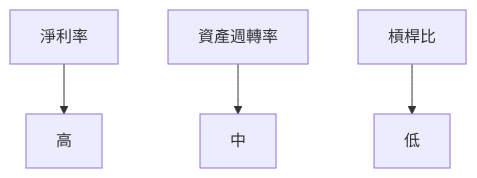
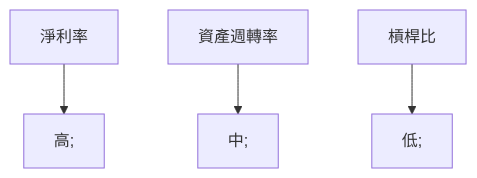
The eighth of 11 diagrams in ai_gen_report/stock/goog/fundamental_analysis_2026-03-23_openai.md (yennanliu/finance_data), drawn with Mermaid before and after one commit. The commit also changed other lines of this file and 2258 other files, not shown here.

First line of the commit message:
chore: backfill Mermaid syntax repair across existing reports

````diff
--- a/ai_gen_report/stock/goog/fundamental_analysis_2026-03-23_openai.md
+++ b/ai_gen_report/stock/goog/fundamental_analysis_2026-03-23_openai.md
@@ -228,6 +228,6 @@
 ```mermaid
 graph TD;
-    淨利率-->高;
-    資產週轉率-->中;
-    槓桿比-->低;
+    淨利率 --> nb1["高;"]
+    資產週轉率 --> nb2["中;"]
+    槓桿比 --> nb3["低;"]
 ```
````
